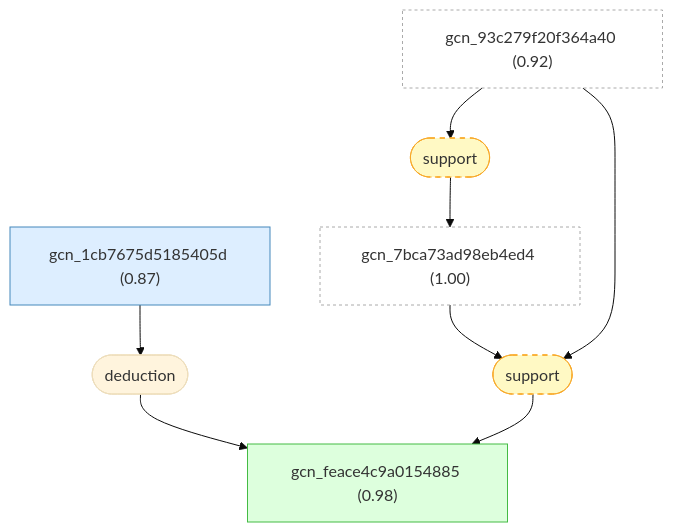
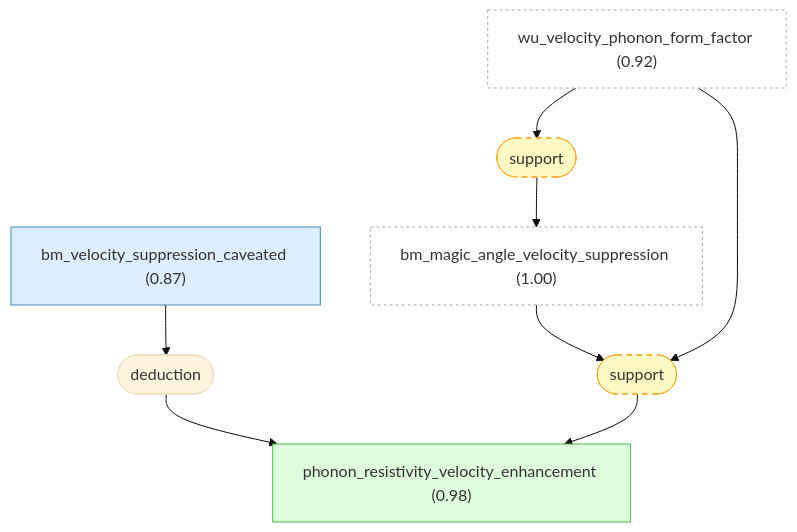
One commit to Callo42/tbg-magic-angle-gaia changed the third of 10 diagrams in docs/detailed-reasoning.md. Above: the diagram before and after it, drawn with Mermaid (base theme). The commit also changed other lines of this file and 33 other files, not shown here.

````diff
--- a/docs/detailed-reasoning.md
+++ b/docs/detailed-reasoning.md
@@ -325,27 +323,27 @@
 ```mermaid
 graph TD
-    gcn_7bca73ad98eb4ed4["gcn_7bca73ad98eb4ed4 (1.00)"]:::external
-    gcn_93c279f20f364a40["gcn_93c279f20f364a40 (0.92)"]:::external
-    gcn_1cb7675d5185405d["gcn_1cb7675d5185405d (0.87)"]:::premise
-    gcn_feace4c9a0154885["gcn_feace4c9a0154885 (0.98)"]:::derived
+    bm_magic_angle_velocity_suppression["bm_magic_angle_velocity_suppression (1.00)"]:::external
+    wu_velocity_phonon_form_factor["wu_velocity_phonon_form_factor (0.92)"]:::external
+    bm_velocity_suppression_caveated["bm_velocity_suppression_caveated (0.87)"]:::premise
+    phonon_resistivity_velocity_enhancement["phonon_resistivity_velocity_enhancement (0.98)"]:::derived
     strat_2(["deduction"])
-    gcn_1cb7675d5185405d --> strat_2
-    strat_2 --> gcn_feace4c9a0154885
+    bm_velocity_suppression_caveated --> strat_2
+    strat_2 --> phonon_resistivity_velocity_enhancement
     strat_10(["support"]):::weak
-    gcn_93c279f20f364a40 --> strat_10
-    strat_10 --> gcn_7bca73ad98eb4ed4
+    wu_velocity_phonon_form_factor --> strat_10
+    strat_10 --> bm_magic_angle_velocity_suppression
     strat_11(["support"]):::weak
-    gcn_7bca73ad98eb4ed4 --> strat_11
-    gcn_93c279f20f364a40 --> strat_11
-    strat_11 --> gcn_feace4c9a0154885
+    bm_magic_angle_velocity_suppression --> strat_11
+    wu_velocity_phonon_form_factor --> strat_11
+    strat_11 --> phonon_resistivity_velocity_enhancement
 
     classDef setting fill:#f0f0f0,stroke:#999,color:#333
     classDef premise fill:#ddeeff,stroke:#4488bb,color:#333
     classDef derived fill:#ddffdd,stroke:#44bb44,color:#333
     classDef question fill:#fff3dd,stroke:#cc9944,color:#333
     classDef background fill:#f5f5f5,stroke:#bbb,stroke-dasharray: 5 5,color:#333
     classDef orphan fill:#fff,stroke:#ccc,stroke-dasharray: 5 5,color:#333
     classDef external fill:#fff,stroke:#aaa,stroke-dasharray: 3 3,color:#333
     classDef weak fill:#fff9c4,stroke:#f9a825,stroke-dasharray: 5 5,color:#333
     classDef contra fill:#ffebee,stroke:#c62828,color:#333
 ```
````
